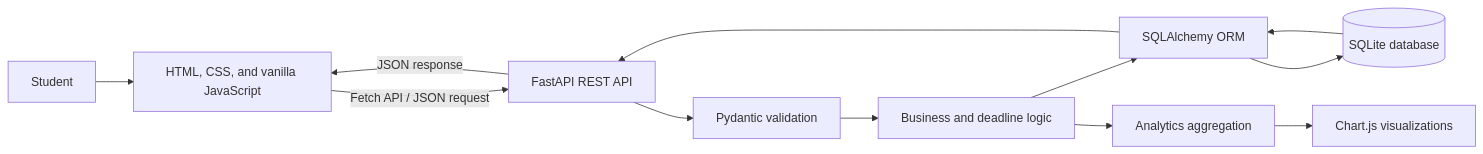
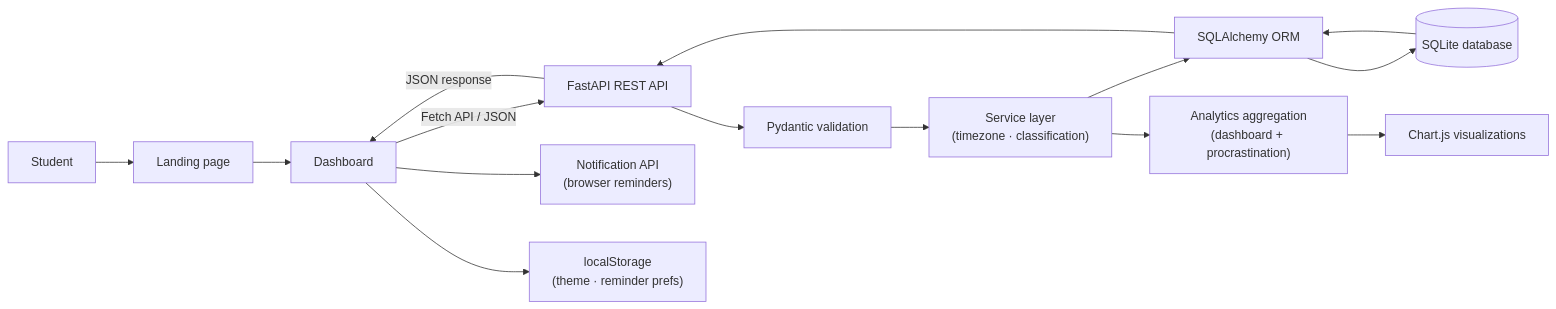
The diagram in README.md (ilikefishnchips/Zejora), drawn with Mermaid before and after one commit. The commit also changed other lines of this file, not shown here.

````diff
--- a/README.md
+++ b/README.md
@@ -105,14 +134,17 @@
 ```mermaid
 flowchart LR
-    U["Student"] --> UI["HTML, CSS, and vanilla JavaScript"]
-    UI -->|"Fetch API / JSON request"| API["FastAPI REST API"]
-    API --> V["Pydantic validation"]
-    V --> S["Business and deadline logic"]
-    S --> ORM["SQLAlchemy ORM"]
-    ORM --> DB[("SQLite database")]
-    DB --> ORM
+    U["Student"] --> LP["Landing page"]
+    LP --> DB["Dashboard"]
+    DB -->|"Fetch API / JSON"| API["FastAPI REST API"]
+    API --> PV["Pydantic validation"]
+    PV --> SVC["Service layer\n(timezone · classification)"]
+    SVC --> ORM["SQLAlchemy ORM"]
+    ORM --> SQLITE[("SQLite database")]
+    SQLITE --> ORM
     ORM --> API
-    API -->|"JSON response"| UI
-    S --> A["Analytics aggregation"]
-    A --> C["Chart.js visualizations"]
+    API -->|"JSON response"| DB
+    SVC --> ANAL["Analytics aggregation\n(dashboard + procrastination)"]
+    ANAL --> CHARTS["Chart.js visualizations"]
+    DB --> NOTIF["Notification API\n(browser reminders)"]
+    DB --> LS["localStorage\n(theme · reminder prefs)"]
 ```
````
